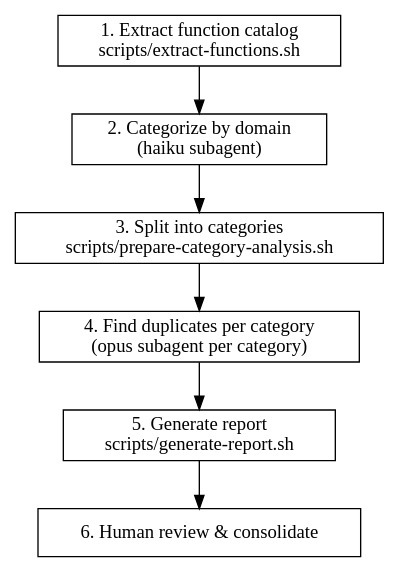
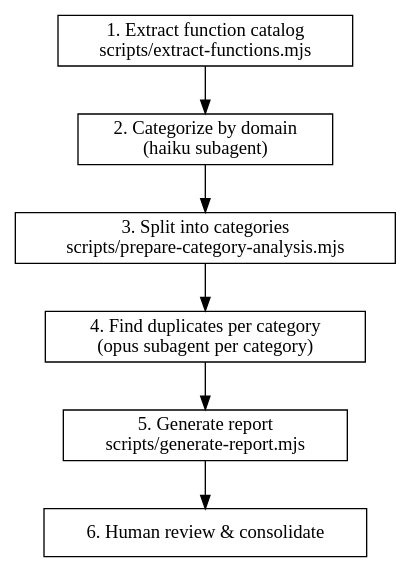
The diagram in packages/core/skills/finding-duplicate-functions/SKILL.md (zak-keown/moe), drawn with Graphviz before and after one commit. The commit also changed other lines of this file and 9 other files, not shown here.

````diff
--- a/packages/core/skills/finding-duplicate-functions/SKILL.md
+++ b/packages/core/skills/finding-duplicate-functions/SKILL.md
@@ -33,15 +33,15 @@
 ```dot
 digraph duplicate_detection {
   rankdir=TB;
   node [shape=box];
 
-  extract [label="1. Extract function catalog\nscripts/extract-functions.sh"];
+  extract [label="1. Extract function catalog\nscripts/extract-functions.mjs"];
   categorize [label="2. Categorize by domain\n(haiku subagent)"];
-  split [label="3. Split into categories\nscripts/prepare-category-analysis.sh"];
+  split [label="3. Split into categories\nscripts/prepare-category-analysis.mjs"];
   detect [label="4. Find duplicates per category\n(opus subagent per category)"];
-  report [label="5. Generate report\nscripts/generate-report.sh"];
+  report [label="5. Generate report\nscripts/generate-report.mjs"];
   review [label="6. Human review & consolidate"];
 
   extract -> categorize -> split -> detect -> report -> review;
 }
 ```
````
